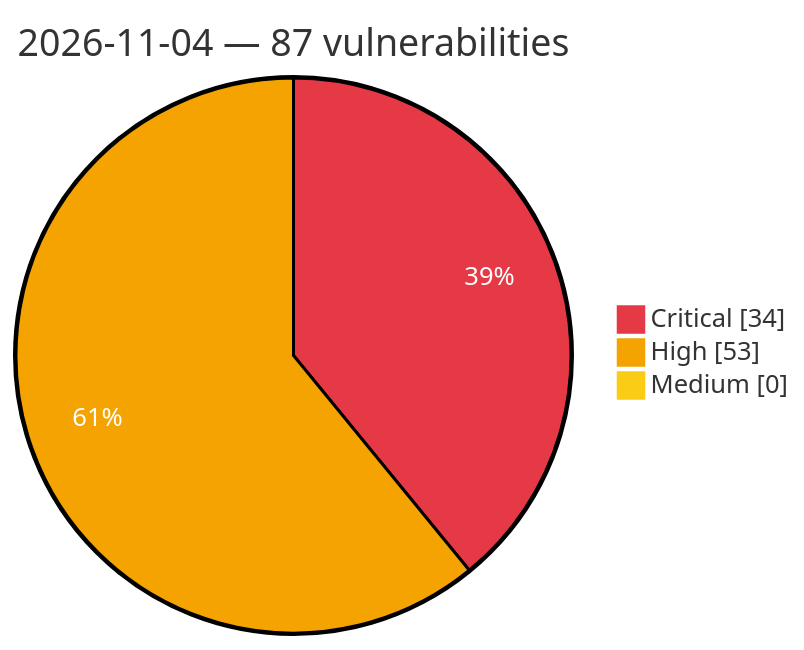
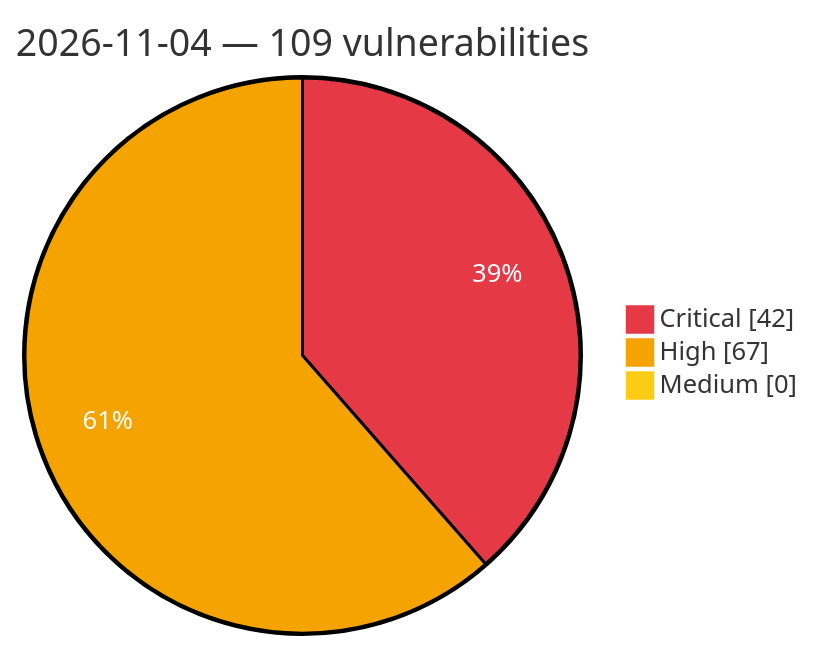
Before and after one commit to GhostX0X/vuln-tracker: the diagram in vulnerabilities/2026/November/2026-11-04.md, drawn with Mermaid. The commit also changed other lines of this file and 8 other files, not shown here.

Commit message:
Auto update: critical/high vulns (2026-11-05 03:08 UTC)

````diff
--- a/vulnerabilities/2026/November/2026-11-04.md
+++ b/vulnerabilities/2026/November/2026-11-04.md
@@ -3,8 +3,8 @@
 ```mermaid
 %%{init: {'theme':'base', 'themeVariables': {'pie1':'#e63946', 'pie2':'#f4a300', 'pie3':'#facc15', 'pieOpacity':'1', 'pieOuterStrokeWidth':'2px', 'pieSectionTextColor':'#ffffff'}}}%%
 pie showData
-    title 2026-11-04 — 87 vulnerabilities
-    "Critical" : 34
-    "High" : 53
+    title 2026-11-04 — 109 vulnerabilities
+    "Critical" : 42
+    "High" : 67
     "Medium" : 0
 ```
````
